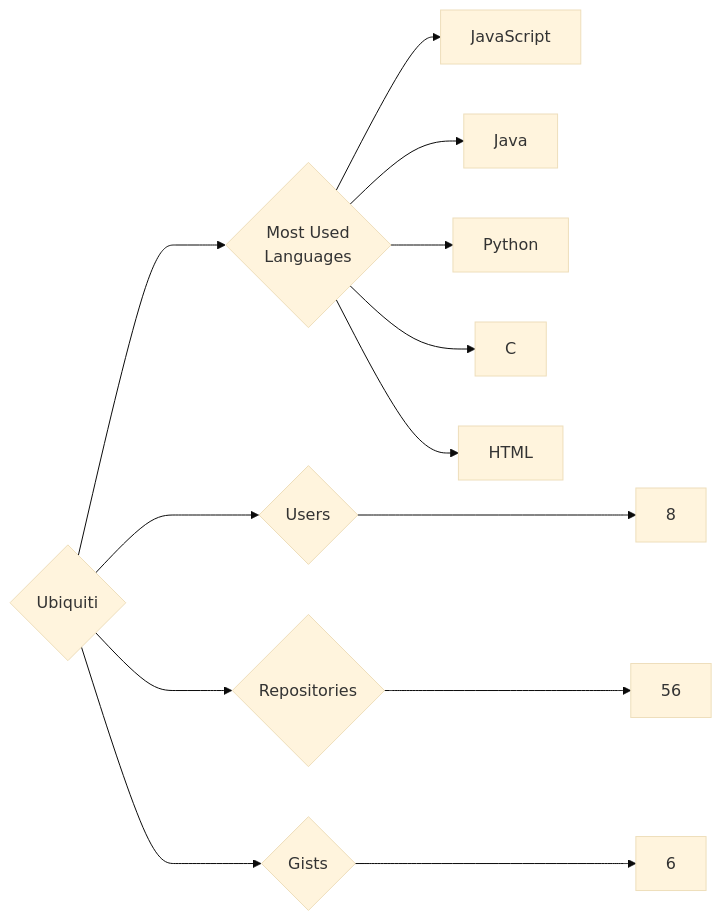
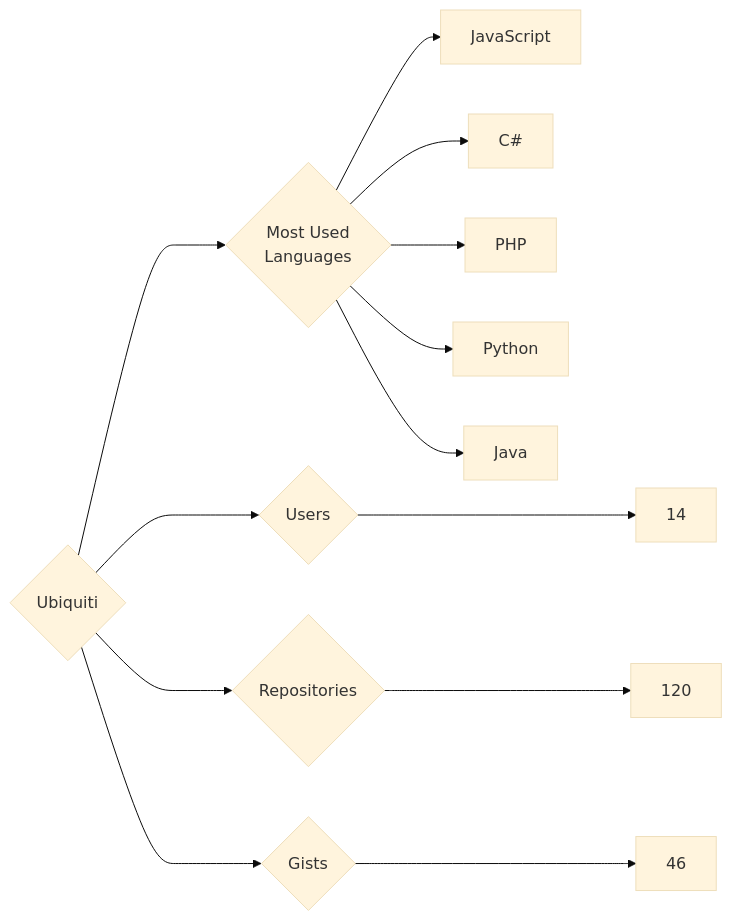
One commit to trickest/insiders changed the diagram in targets/Ubiquiti/README.md. Above: the diagram before and after it, drawn with Mermaid (base theme). The commit also changed 1484 other files, not shown here.

````diff
--- a/targets/Ubiquiti/README.md
+++ b/targets/Ubiquiti/README.md
@@ -3,13 +3,13 @@
 ```mermaid
 graph LR
 COMPANY_NAME{Ubiquiti}
-COMPANY_NAME ---> U{Users} ---> UN[8]
-COMPANY_NAME ---> R{Repositories} ---> RN[56]
-COMPANY_NAME ---> G{Gists} ---> GN[6]
+COMPANY_NAME ---> U{Users} ---> UN[14]
+COMPANY_NAME ---> R{Repositories} ---> RN[120]
+COMPANY_NAME ---> G{Gists} ---> GN[46]
 COMPANY_NAME ---> ML{Most Used<br>Languages}
 ML --> JavaScript[JavaScript]
+ML --> C#[C#]
+ML --> PHP[PHP]
+ML --> Python[Python]
 ML --> Java[Java]
-ML --> Python[Python]
-ML --> C[C]
-ML --> HTML[HTML]
 ```
````
